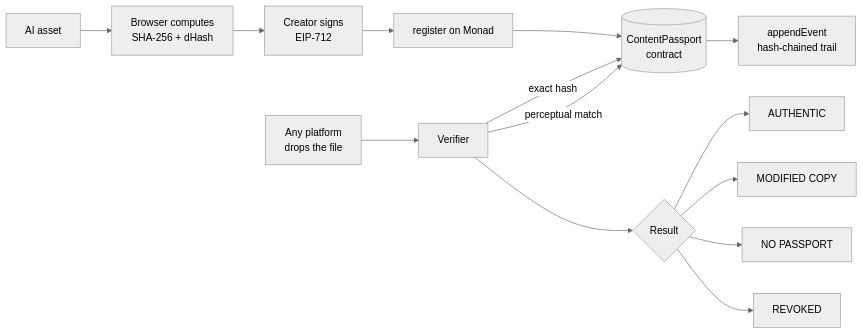
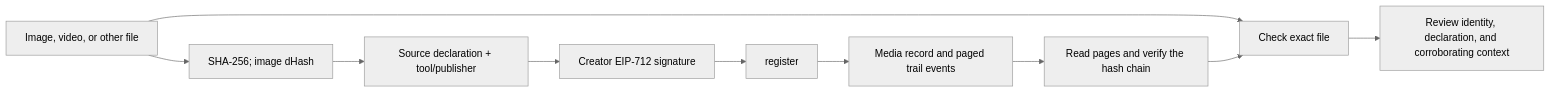
Before and after one commit to Yash151005/PROVENANCEX: the diagram in README.md, drawn with Mermaid (neutral theme). The commit also changed other lines of this file and 165 other files, not shown here.

````diff
--- a/README.md
+++ b/README.md
@@ -46,16 +34,12 @@
 ```mermaid
 flowchart LR
-    A[AI asset] --> B[Browser computes<br/>SHA-256 + dHash]
-    B --> C[Creator signs<br/>EIP-712]
-    C --> D[register on Monad]
-    D --> E[(ContentPassport<br/>contract)]
-    E --> F[appendEvent<br/>hash-chained trail]
-    G[Any platform<br/>drops the file] --> H[Verifier]
-    H -->|exact hash| E
-    H -->|perceptual match| E
-    H --> I{Result}
-    I --> J[AUTHENTIC]
-    I --> K[MODIFIED COPY]
-    I --> L[NO PASSPORT]
-    I --> M[REVOKED]
+    A[Image, video, or other file] --> B[SHA-256; image dHash]
+    B --> C[Source declaration + tool/publisher]
+    C --> D[Creator EIP-712 signature]
+    D --> E[register]
+    E --> F[Media record and paged trail events]
+    F --> G[Read pages and verify the hash chain]
+    A --> H[Check exact file]
+    G --> H
+    H --> I[Review identity, declaration, and corroborating context]
 ```
````
